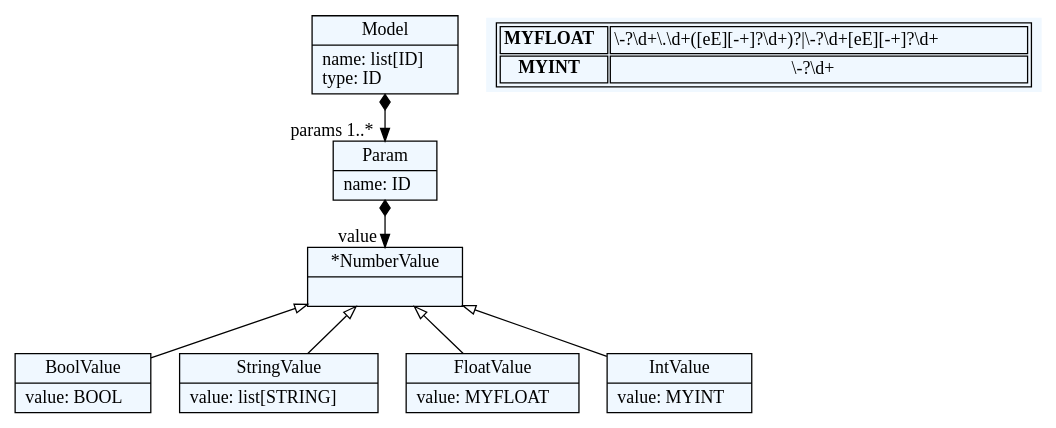
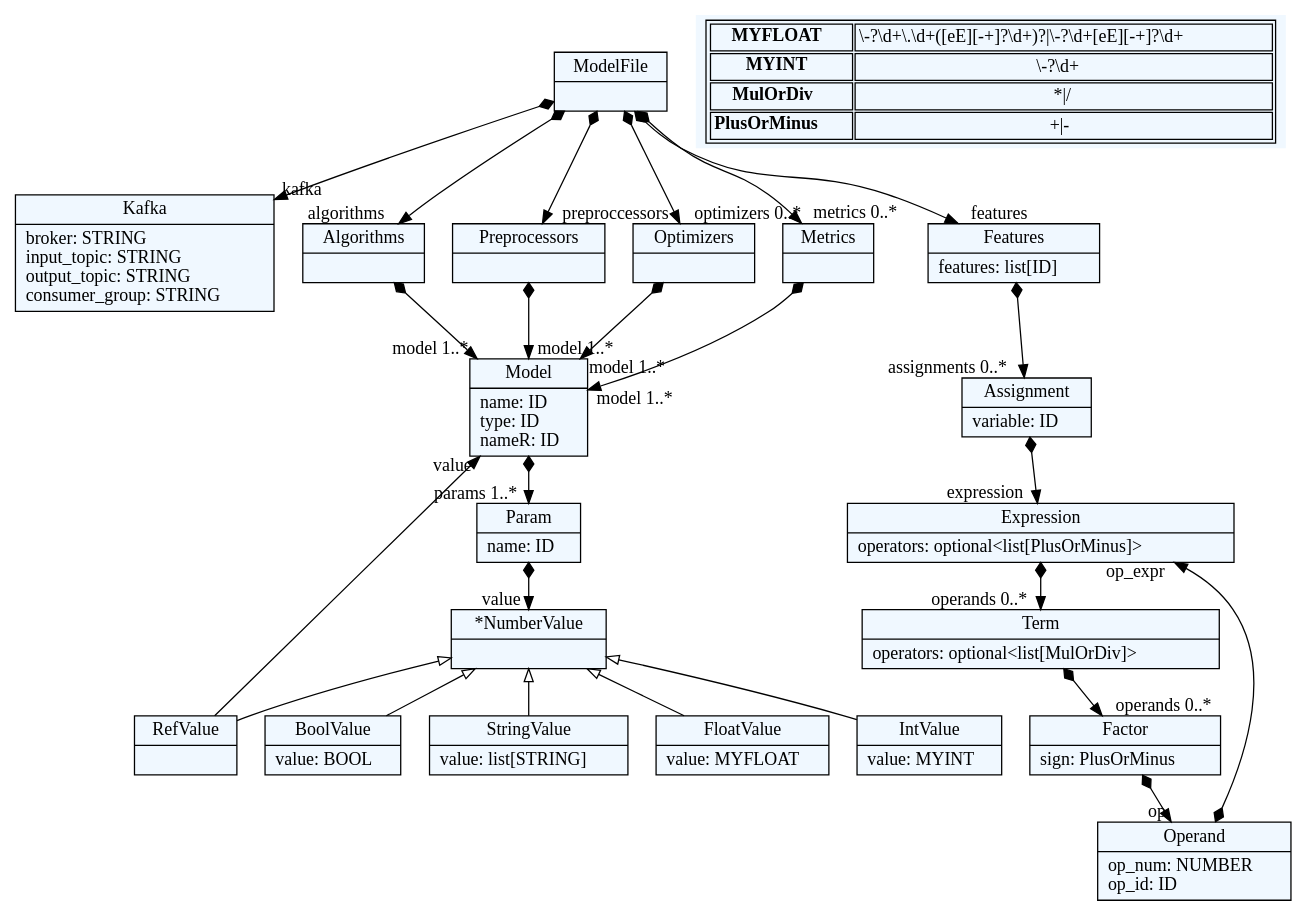
The diagram in beaver/beaver.dot (deepblue597/beaver), drawn with Graphviz before and after one commit. The commit also changed 4 other files, not shown here.

```diff
--- a/beaver/beaver.dot
+++ b/beaver/beaver.dot
@@ -1,46 +1,96 @@
 
     digraph textX {
     fontname = "Bitstream Vera Sans"
     fontsize = 8
     node[
         shape=record,
         style=filled,
         fillcolor=aliceblue
     ]
     nodesep = 0.3
     edge[dir=black,arrowtail=empty]
 
 
-130951649775872[ label="{Model|name: list[ID]\ltype: ID\l}"]
+134169707374944[ label="{ModelFile|}"]
 
-130951649775776[ label="{Param|name: ID\l}"]
+134169703550800[ label="{Kafka|broker: STRING\linput_topic: STRING\loutput_topic: STRING\lconsumer_group: STRING\l}"]
 
-130951649775824[ label="{*NumberValue|}"]
+134169703550128[ label="{Algorithms|}"]
 
-130951649786096[ label="{BoolValue|value: BOOL\l}"]
+134169703557472[ label="{Preprocessors|}"]
 
-130951649787344[ label="{StringValue|value: list[STRING]\l}"]
+134169703558048[ label="{Optimizers|}"]
 
-130951649778368[ label="{FloatValue|value: MYFLOAT\l}"]
+134169703549744[ label="{Metrics|}"]
 
-130951649782064[ label="{IntValue|value: MYINT\l}"]
+134169703637040[ label="{Model|name: ID\ltype: ID\lnameR: ID\l}"]
+
+134169703633536[ label="{Param|name: ID\l}"]
+
+134169703635600[ label="{*NumberValue|}"]
+
+134169703631136[ label="{RefValue|}"]
+
+134169703632768[ label="{BoolValue|value: BOOL\l}"]
+
+134169703633920[ label="{StringValue|value: list[STRING]\l}"]
+
+134169705036496[ label="{FloatValue|value: MYFLOAT\l}"]
+
+134169705034192[ label="{IntValue|value: MYINT\l}"]
+
+134169708490736[ label="{Features|features: list[ID]\l}"]
+
+134169703637184[ label="{Assignment|variable: ID\l}"]
+
+134169703640592[ label="{Expression|operators: optional\<list[PlusOrMinus]\>\l}"]
+
+134169703641264[ label="{Term|operators: optional\<list[MulOrDiv]\>\l}"]
+
+134169703631280[ label="{Factor|sign: PlusOrMinus\l}"]
+
+134169703638864[ label="{Operand|op_num: NUMBER\lop_id: ID\l}"]
 
 
 
-130951649775872 -> 130951649775776[arrowtail=diamond, dir=both, headlabel="params 1..*"]
-130951649775776 -> 130951649775824[arrowtail=diamond, dir=both, headlabel="value "]
-130951649775824 -> 130951649778368 [dir=back]
-130951649775824 -> 130951649782064 [dir=back]
-130951649775824 -> 130951649787344 [dir=back]
-130951649775824 -> 130951649786096 [dir=back]
+134169707374944 -> 134169703550800[arrowtail=diamond, dir=both, headlabel="kafka "]
+134169707374944 -> 134169708490736[arrowtail=diamond, dir=both, headlabel="features "]
+134169707374944 -> 134169703550128[arrowtail=diamond, dir=both, headlabel="algorithms "]
+134169707374944 -> 134169703557472[arrowtail=diamond, dir=both, headlabel="preproccessors "]
+134169707374944 -> 134169703558048[arrowtail=diamond, dir=both, headlabel="optimizers 0..*"]
+134169707374944 -> 134169703549744[arrowtail=diamond, dir=both, headlabel="metrics 0..*"]
+134169703550128 -> 134169703637040[arrowtail=diamond, dir=both, headlabel="model 1..*"]
+134169703557472 -> 134169703637040[arrowtail=diamond, dir=both, headlabel="model 1..*"]
+134169703558048 -> 134169703637040[arrowtail=diamond, dir=both, headlabel="model 1..*"]
+134169703549744 -> 134169703637040[arrowtail=diamond, dir=both, headlabel="model 1..*"]
+134169703637040 -> 134169703633536[arrowtail=diamond, dir=both, headlabel="params 1..*"]
+134169703633536 -> 134169703635600[arrowtail=diamond, dir=both, headlabel="value "]
+134169703635600 -> 134169705036496 [dir=back]
+134169703635600 -> 134169705034192 [dir=back]
+134169703635600 -> 134169703633920 [dir=back]
+134169703635600 -> 134169703632768 [dir=back]
+134169703635600 -> 134169703631136 [dir=back]
+134169703631136 -> 134169703637040[headlabel="value "]
+134169708490736 -> 134169703637184[arrowtail=diamond, dir=both, headlabel="assignments 0..*"]
+134169703637184 -> 134169703640592[arrowtail=diamond, dir=both, headlabel="expression "]
+134169703640592 -> 134169703641264[arrowtail=diamond, dir=both, headlabel="operands 0..*"]
+134169703641264 -> 134169703631280[arrowtail=diamond, dir=both, headlabel="operands 0..*"]
+134169703631280 -> 134169703638864[arrowtail=diamond, dir=both, headlabel="op "]
+134169703638864 -> 134169703640592[arrowtail=diamond, dir=both, headlabel="op_expr "]
 match_rules [ shape=plaintext, label=< <table>
 	<tr>
 		<td><b>MYFLOAT</b></td><td>\-?\d+\.\d+([eE][-+]?\d+)?|\-?\d+[eE][-+]?\d+</td>
 	</tr>
 	<tr>
 		<td><b>MYINT</b></td><td>\-?\d+</td>
 	</tr>
+	<tr>
+		<td><b>MulOrDiv</b></td><td>*|/</td>
+	</tr>
+	<tr>
+		<td><b>PlusOrMinus</b></td><td>+|-</td>
+	</tr>
 </table> >]
 
 
 }
```
